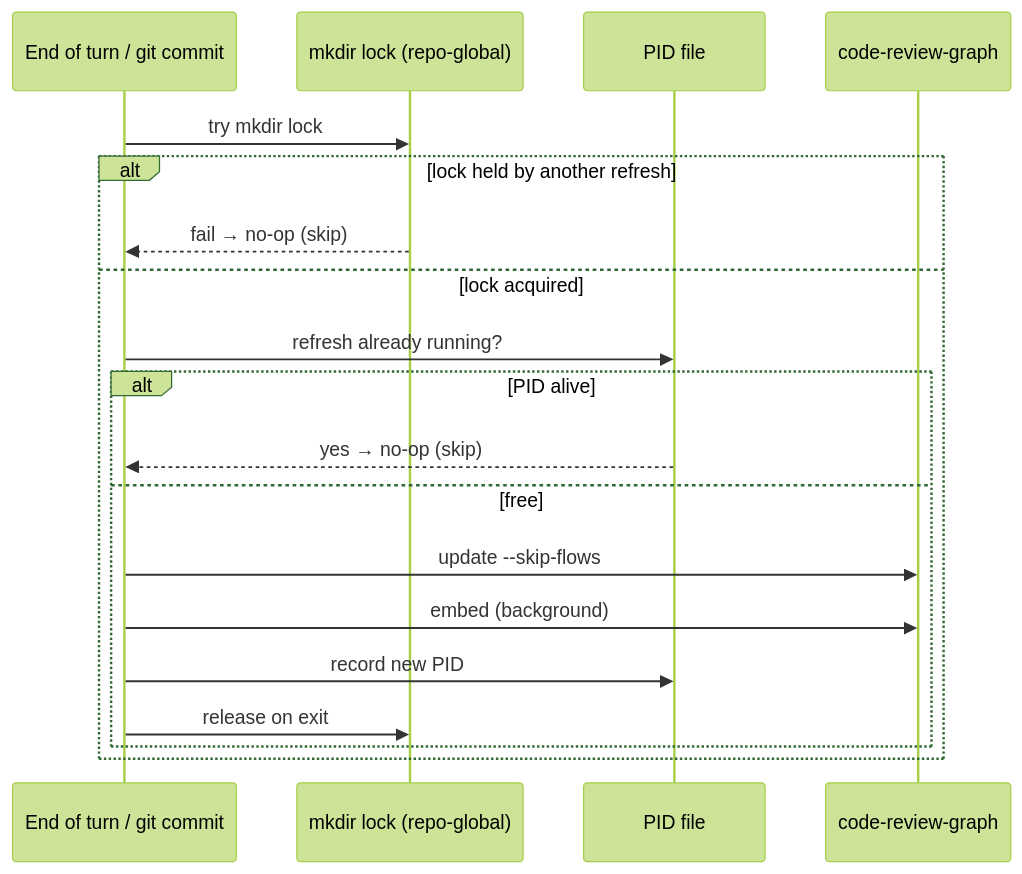
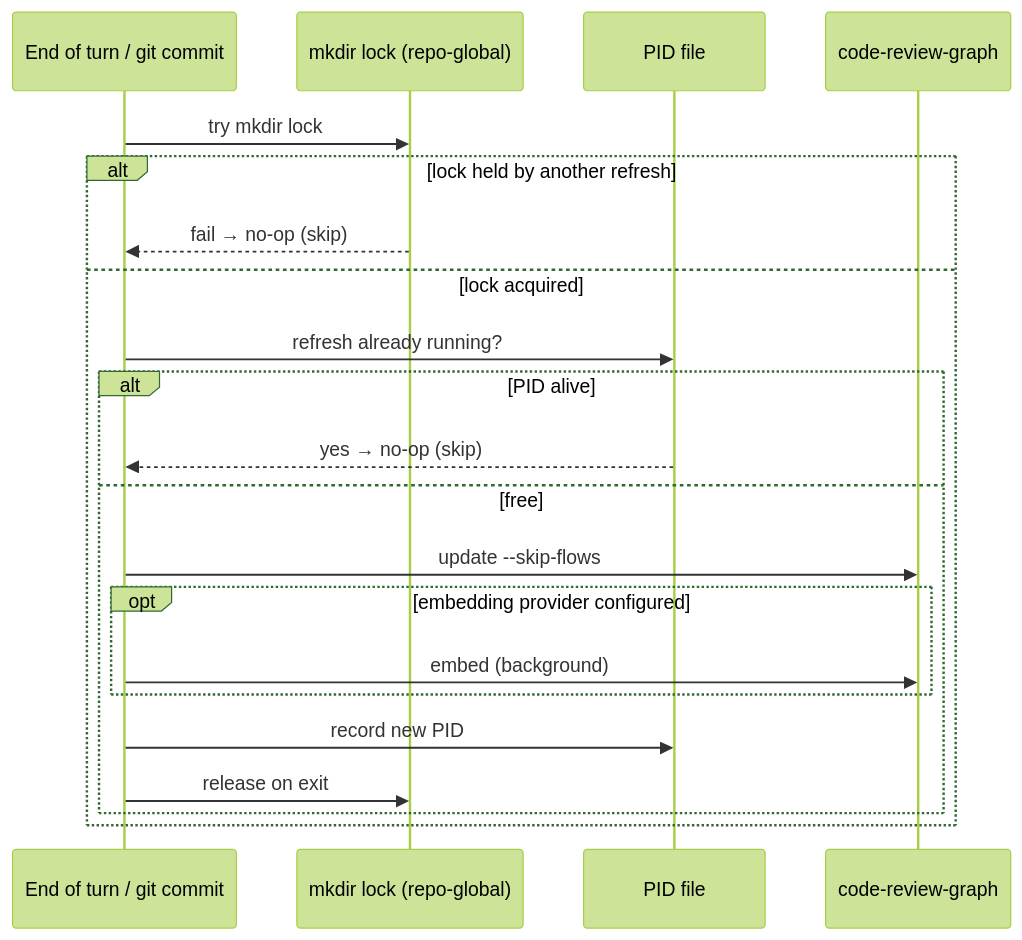
Before and after one commit to xyzxyz442/x442-skills: the fourth of 5 diagrams in docs/graph-tools-during-development.md, drawn with Mermaid (forest theme). The commit also changed other lines of this file and 5 other files, not shown here.

First line of the commit message:
docs(docs): document embeddings as an opt-in tier across the graph skills

````diff
--- a/docs/graph-tools-during-development.md
+++ b/docs/graph-tools-during-development.md
@@ -170,22 +177,24 @@
 ```mermaid
 sequenceDiagram
     participant Turn as End of turn / git commit
     participant Lock as mkdir lock (repo-global)
     participant PID as PID file
     participant CRG as code-review-graph
 
     Turn->>Lock: try mkdir lock
     alt lock held by another refresh
         Lock-->>Turn: fail → no-op (skip)
     else lock acquired
         Turn->>PID: refresh already running?
         alt PID alive
             PID-->>Turn: yes → no-op (skip)
         else free
             Turn->>CRG: update --skip-flows
-            Turn->>CRG: embed (background)
+            opt embedding provider configured
+                Turn->>CRG: embed (background)
+            end
             Turn->>PID: record new PID
             Turn->>Lock: release on exit
         end
     end
 ```
````
